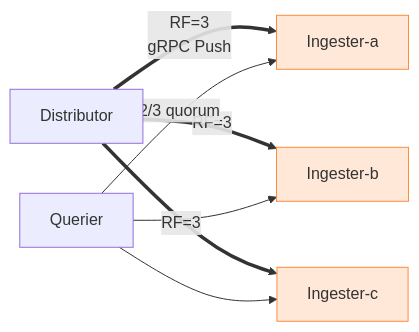
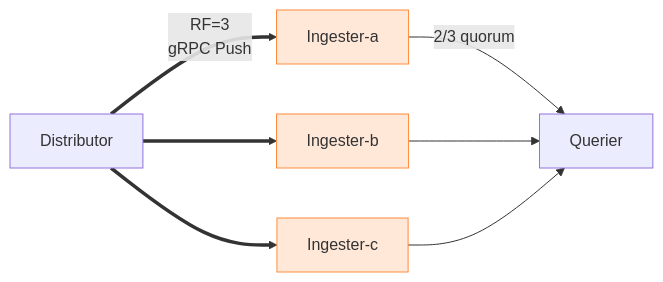
One commit to MikeHsu0618/mimir-talk changed the sixth of 10 diagrams in slides.md. Above: the diagram before and after it, drawn with Mermaid. The commit also changed other lines of this file and 10 other files, not shown here.

````diff
--- a/slides.md
+++ b/slides.md
@@ -734,12 +744,12 @@
 ```mermaid {theme: 'dark', scale: 0.68}
 flowchart LR
     D[Distributor] ==>|RF=3<br/>gRPC Push| I1[Ingester-a]
-    D ==>|RF=3| I2[Ingester-b]
-    D ==>|RF=3| I3[Ingester-c]
-    Q[Querier] -->|2/3 quorum| I1
-    Q --> I2
-    Q --> I3
+    D ==> I2[Ingester-b]
+    D ==> I3[Ingester-c]
+    I1 -->|2/3 quorum| Q[Querier]
+    I2 --> Q
+    I3 --> Q
     style I1 fill:#ff8c3c33,stroke:#ff8c3c
     style I2 fill:#ff8c3c33,stroke:#ff8c3c
     style I3 fill:#ff8c3c33,stroke:#ff8c3c
 ```
````
